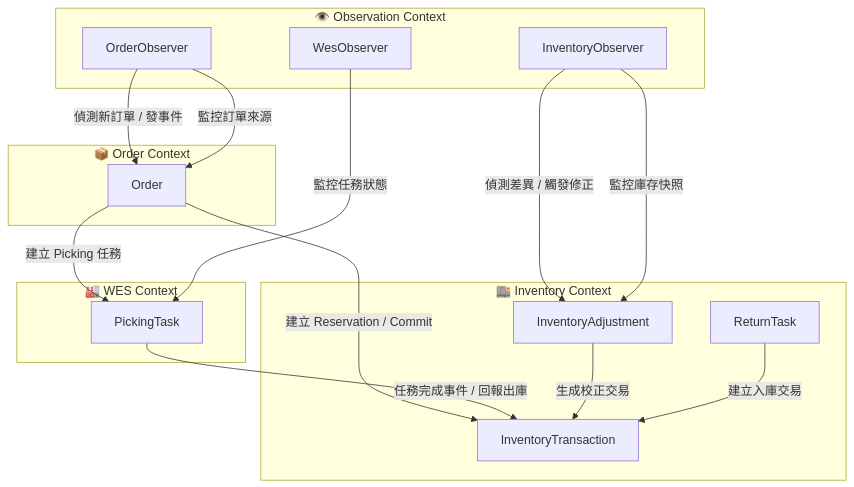
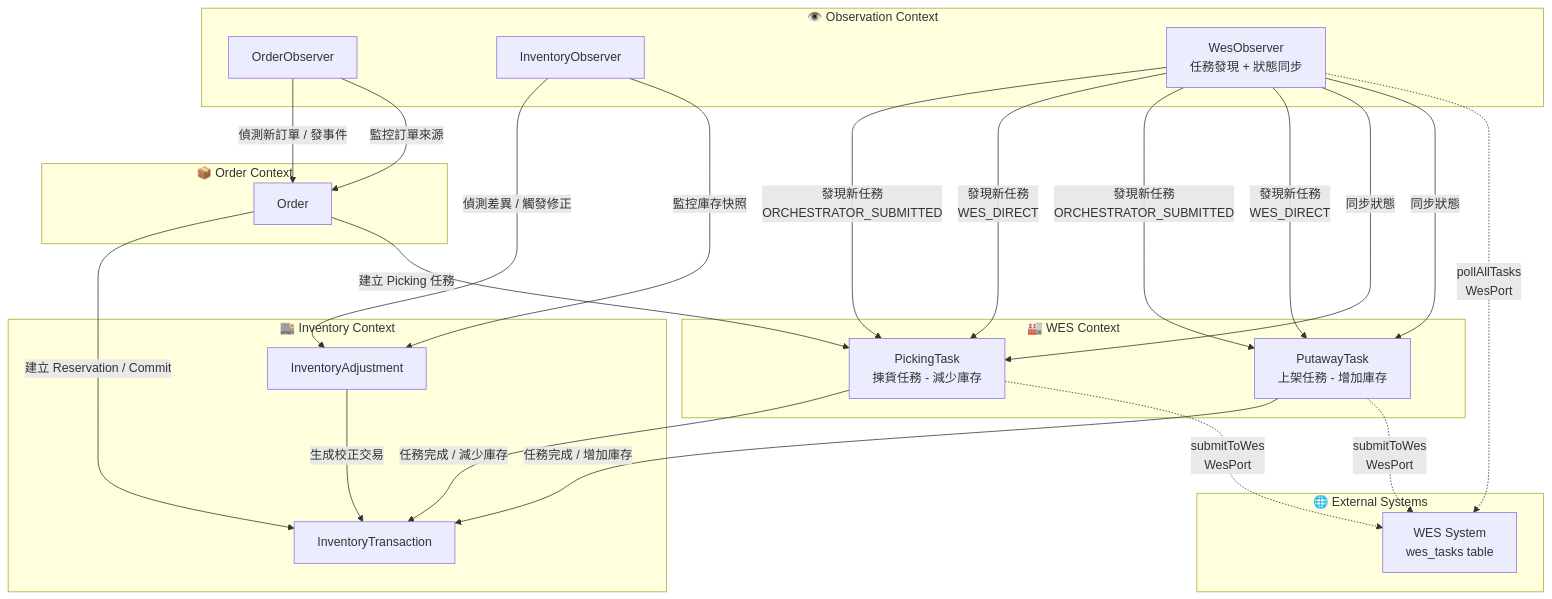
One commit to levijcl/Wei changed the first of 4 diagrams in backend/README.md. Above: the diagram before and after it, drawn with Mermaid. The commit also changed other lines of this file and 55 other files, not shown here.

First line of the commit message:
17 implement picking task (#18)

````diff
--- a/backend/README.md
+++ b/backend/README.md
@@ -301,65 +301,83 @@
 ```mermaid
 graph TD
 
 %% =========================
 %% ORDER CONTEXT
 %% =========================
 subgraph OrderContext["📦 Order Context"]
   OR[Order]
 end
 
 %% =========================
 %% WES CONTEXT
 %% =========================
 subgraph WesContext["🏭 WES Context"]
-  PT[PickingTask]
+  PT[PickingTask<br/>揀貨任務 - 減少庫存]
+  PUT[PutawayTask<br/>上架任務 - 增加庫存]
 end
 
 %% =========================
 %% INVENTORY CONTEXT
 %% =========================
 subgraph InventoryContext["🏬 Inventory Context"]
   IT[InventoryTransaction]
   IA[InventoryAdjustment]
-  RT[ReturnTask]
 end
 
 %% =========================
 %% OBSERVATION CONTEXT
 %% =========================
 subgraph ObservationContext["👁️ Observation Context"]
   OO[OrderObserver]
   IO[InventoryObserver]
-  WO[WesObserver]
+  WO[WesObserver<br/>任務發現 + 狀態同步]
 end
 
+%% =========================
+%% EXTERNAL SYSTEMS
+%% =========================
+subgraph ExternalSystems["🌐 External Systems"]
+  WES[WES System<br/>wes_tasks table]
+end
 
 %% =========================
 %% CROSS-CONTEXT INTERACTIONS
 %% =========================
 
 %% Observation Context → Order
 OO -->|偵測新訂單 / 發事件| OR
 
 %% Order → Inventory
 OR -->|建立 Reservation / Commit| IT
 
-%% Order → WES
+%% Order → WES (建立揀貨任務)
 OR -->|建立 Picking 任務| PT
 
-%% WES → Inventory (出貨完成時)
-PT -->|任務完成事件 / 回報出庫| IT
+%% PickingTask → Inventory (出庫完成時)
+PT -->|任務完成 / 減少庫存| IT
+
+%% PutawayTask → Inventory (入庫完成時)
+PUT -->|任務完成 / 增加庫存| IT
 
 %% WES → Inventory Adjustment (差異偵測)
 IO -->|偵測差異 / 觸發修正| IA
 IA -->|生成校正交易| IT
 
-%% 回庫任務流程
-RT -->|建立入庫交易| IT
+%% WesObserver 任務發現與同步
+WO -->|發現新任務<br/>ORCHESTRATOR_SUBMITTED| PT
+WO -->|發現新任務<br/>WES_DIRECT| PT
+WO -->|發現新任務<br/>ORCHESTRATOR_SUBMITTED| PUT
+WO -->|發現新任務<br/>WES_DIRECT| PUT
+WO -->|同步狀態| PT
+WO -->|同步狀態| PUT
+
+%% PickingTask/PutawayTask 與 WES 整合
+PT -.->|submitToWes<br/>WesPort| WES
+PUT -.->|submitToWes<br/>WesPort| WES
+WO -.->|pollAllTasks<br/>WesPort| WES
 
 %% Observation 觀察
-WO -->|監控任務狀態| PT
 IO -->|監控庫存快照| IA
 OO -->|監控訂單來源| OR
 
 ```
````
